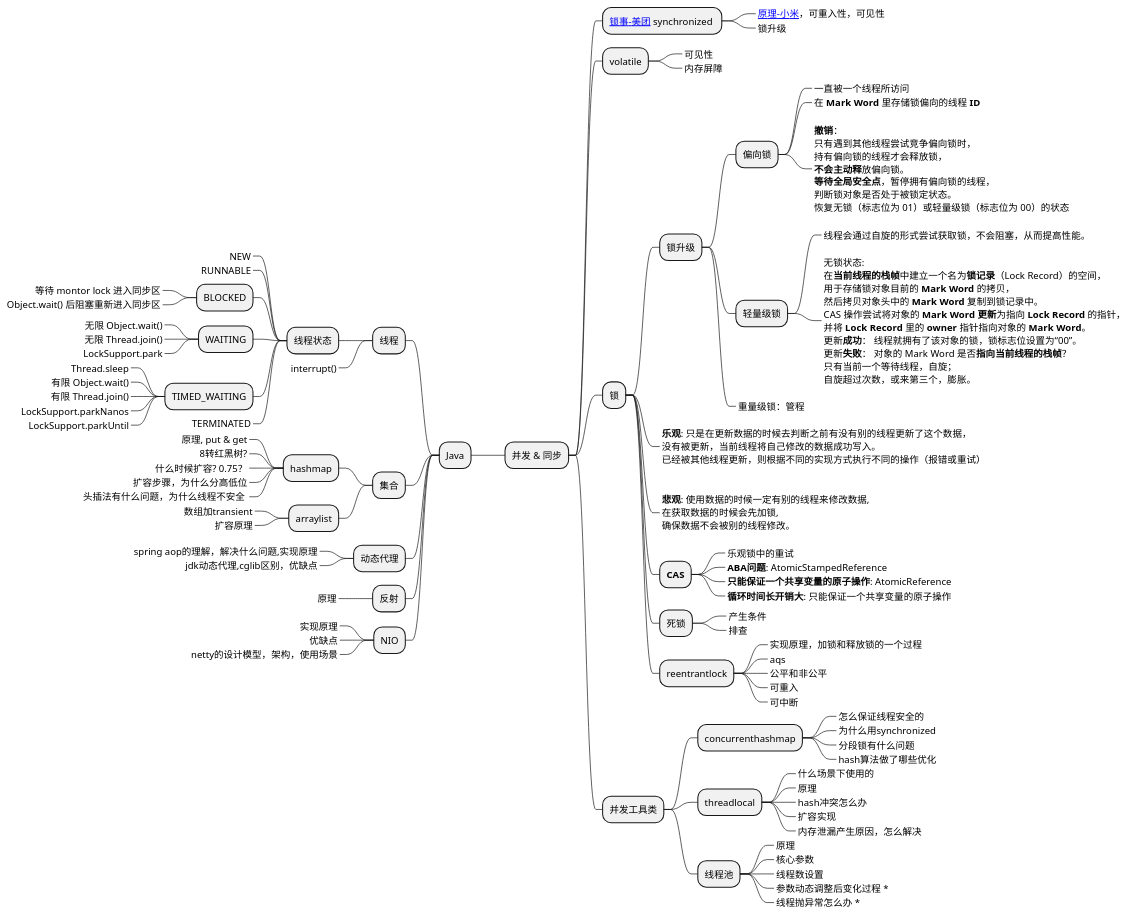
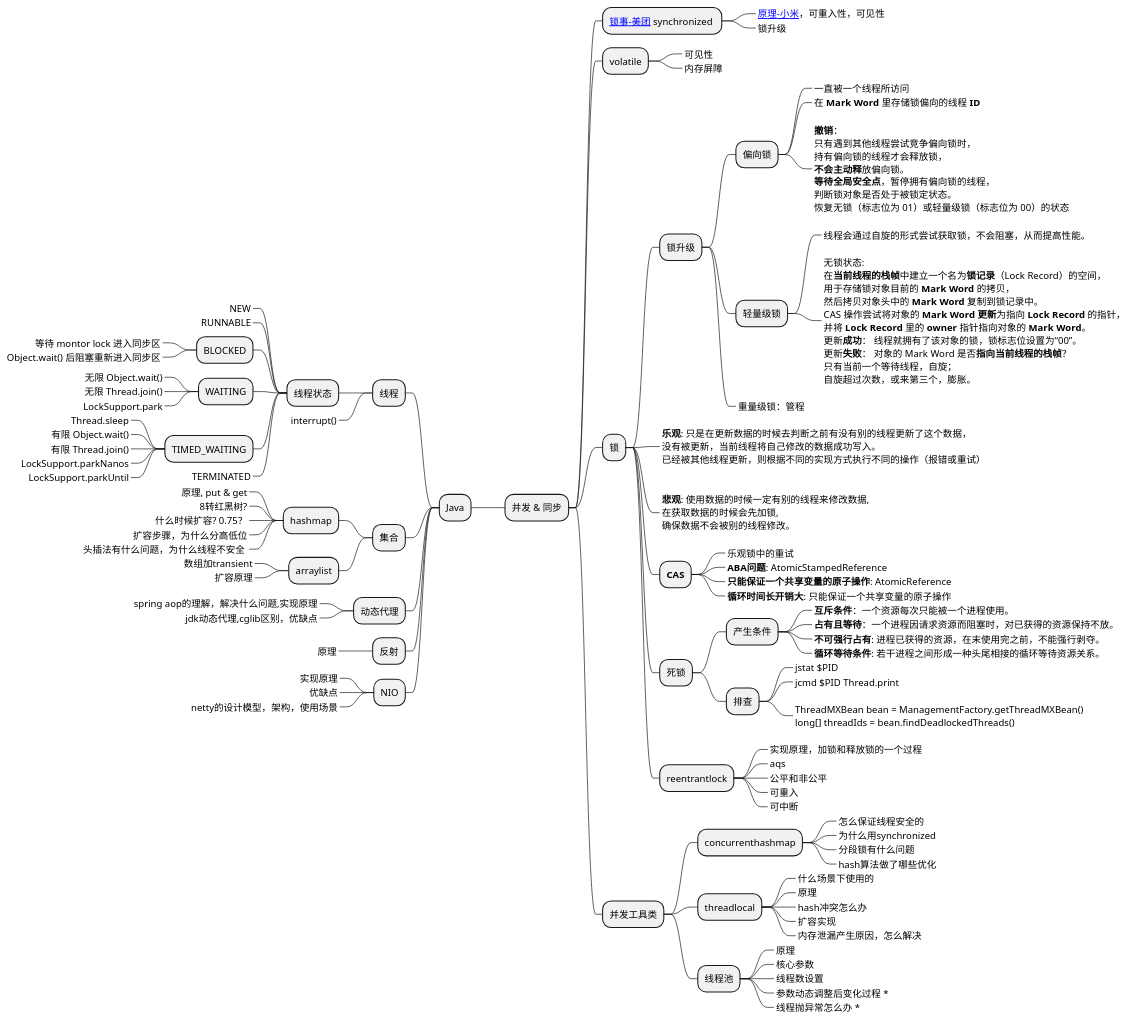
One commit to Gh0st99/Gh0st99.github.io changed the first of 11 diagrams in _posts/2021-05-27-查漏补缺.md. Above: the diagram before and after it, drawn with PlantUML. The commit also changed 2 other files, not shown here.

Commit message:
查漏补缺

```diff
--- a/_posts/2021-05-27-查漏补缺.md
+++ b/_posts/2021-05-27-查漏补缺.md
@@ -69,8 +69,18 @@
 *****_ **只能保证一个共享变量的原子操作**: AtomicReference
 *****_ **循环时间长开销大**: 只能保证一个共享变量的原子操作
 **** 死锁
-*****_ 产生条件
-*****_ 排查
+***** 产生条件
+******_  **互斥条件**：一个资源每次只能被一个进程使用。
+******_ **占有且等待**：一个进程因请求资源而阻塞时，对已获得的资源保持不放。
+******_ **不可强行占有**: 进程已获得的资源，在末使用完之前，不能强行剥夺。
+******_ **循环等待条件**: 若干进程之间形成一种头尾相接的循环等待资源关系。
+***** 排查
+******_ jstat $PID
+******_ jcmd $PID Thread.print
+******_:
+ThreadMXBean bean = ManagementFactory.getThreadMXBean()
+long[] threadIds = bean.findDeadlockedThreads()
+;
 **** reentrantlock
 *****_ 实现原理，加锁和释放锁的一个过程
 *****_ aqs
```
